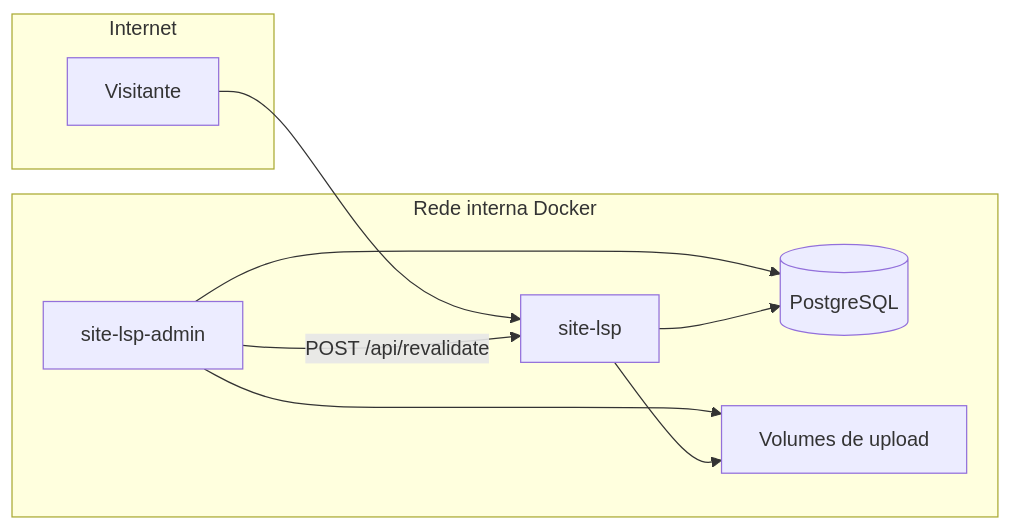
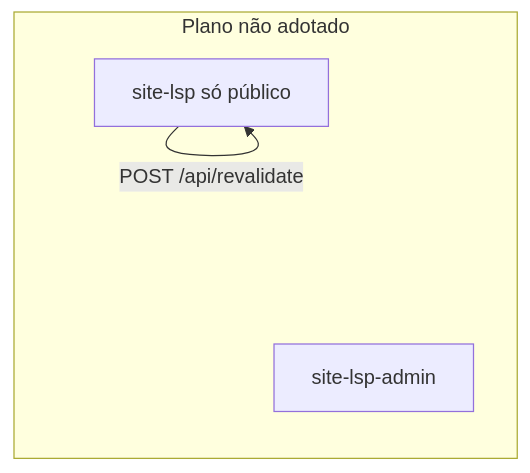
Before and after one commit to Rwaik-Dev/Aletheia: the diagram in Aletheia/Projetos/site-lsp/ADR-001 Separacao do painel CMS em site-lsp-admin.md, drawn with Mermaid. The commit also changed other lines of this file and 8 other files, not shown here.

````diff
--- a/Aletheia/Projetos/site-lsp/ADR-001 Separacao do painel CMS em site-lsp-admin.md
+++ b/Aletheia/Projetos/site-lsp/ADR-001 Separacao do painel CMS em site-lsp-admin.md
@@ -65,20 +39,8 @@
 ```mermaid
 flowchart LR
-  subgraph internet [Internet]
-    Visitante[Visitante]
+  subgraph plano [Plano não adotado]
+    Site[site-lsp só público]
+    Admin[site-lsp-admin]
+    Site -->|POST /api/revalidate| Site
   end
-
-  subgraph internal [Rede interna Docker]
-    Site[site-lsp]
-    Admin[site-lsp-admin]
-    DB[(PostgreSQL)]
-    Vol[Volumes de upload]
-  end
-
-  Visitante --> Site
-  Admin --> DB
-  Site --> DB
-  Admin --> Vol
-  Site --> Vol
-  Admin -->|POST /api/revalidate| Site
 ```
````
